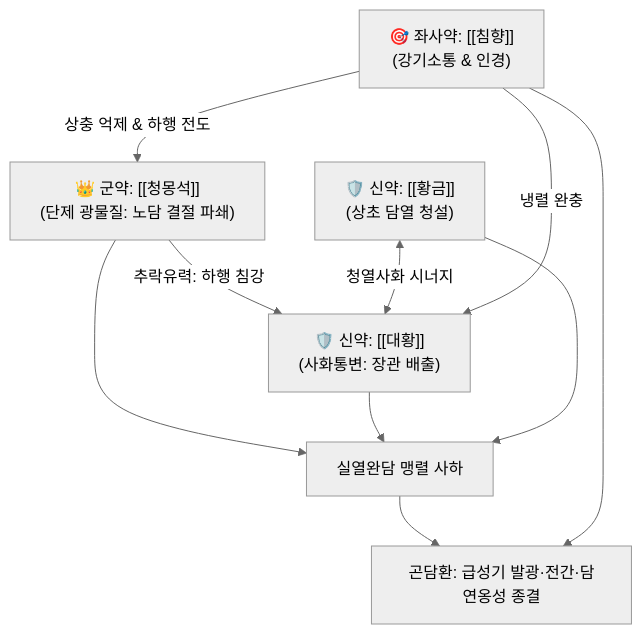
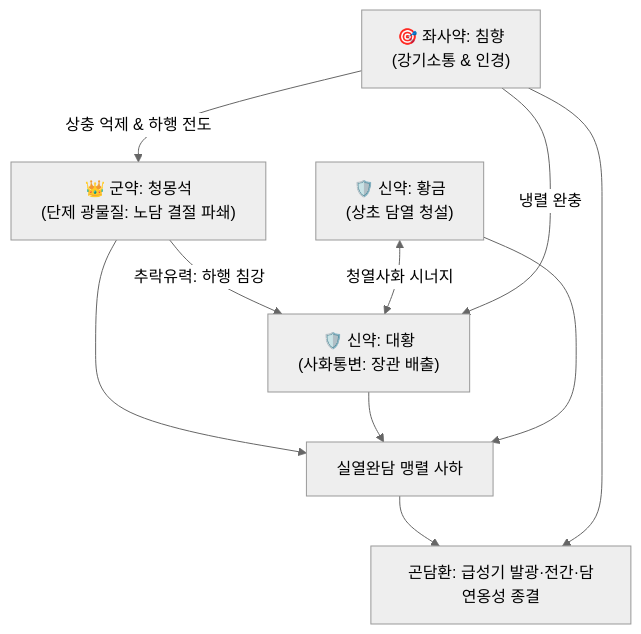
Before and after one commit to simbio11/simbio-digital-garden2: the diagram in content/2. 약리 공부/처방/03_화담·거습·이수제/곤담환.md, drawn with Mermaid (neutral theme). The commit also changed other lines of this file and 323 other files, not shown here.

````diff
--- a/content/2. 약리 공부/처방/03_화담·거습·이수제/곤담환.md
+++ b/content/2. 약리 공부/처방/03_화담·거습·이수제/곤담환.md
@@ -46,9 +48,9 @@
 ```mermaid
 graph TD
-    MS["👑 군약: [[청몽석]]<br>(단제 광물질: 노담 결절 파쇄)"] -->|추락유력: 하행 침강| DH["🛡️ 신약: [[대황]]<br>(사화통변: 장관 배출)"]
-    HG["🛡️ 신약: [[황금]]<br>(상초 담열 청설)"] <-->|청열사화 시너지| DH
+    MS["👑 군약: 청몽석<br>(단제 광물질: 노담 결절 파쇄)"] -->|추락유력: 하행 침강| DH["🛡️ 신약: 대황<br>(사화통변: 장관 배출)"]
+    HG["🛡️ 신약: 황금<br>(상초 담열 청설)"] <-->|청열사화 시너지| DH
     MS & DH & HG --> X["실열완담 맹렬 사하"]
-    CH["🎯 좌사약: [[침향]]<br>(강기소통 & 인경)"] -->|상충 억제 & 하행 전도| MS
+    CH["🎯 좌사약: 침향<br>(강기소통 & 인경)"] -->|상충 억제 & 하행 전도| MS
     CH -->|냉렬 완충| DH
     X & CH --> Final["곤담환: 급성기 발광·전간·담연옹성 종결"]
 ```
````
